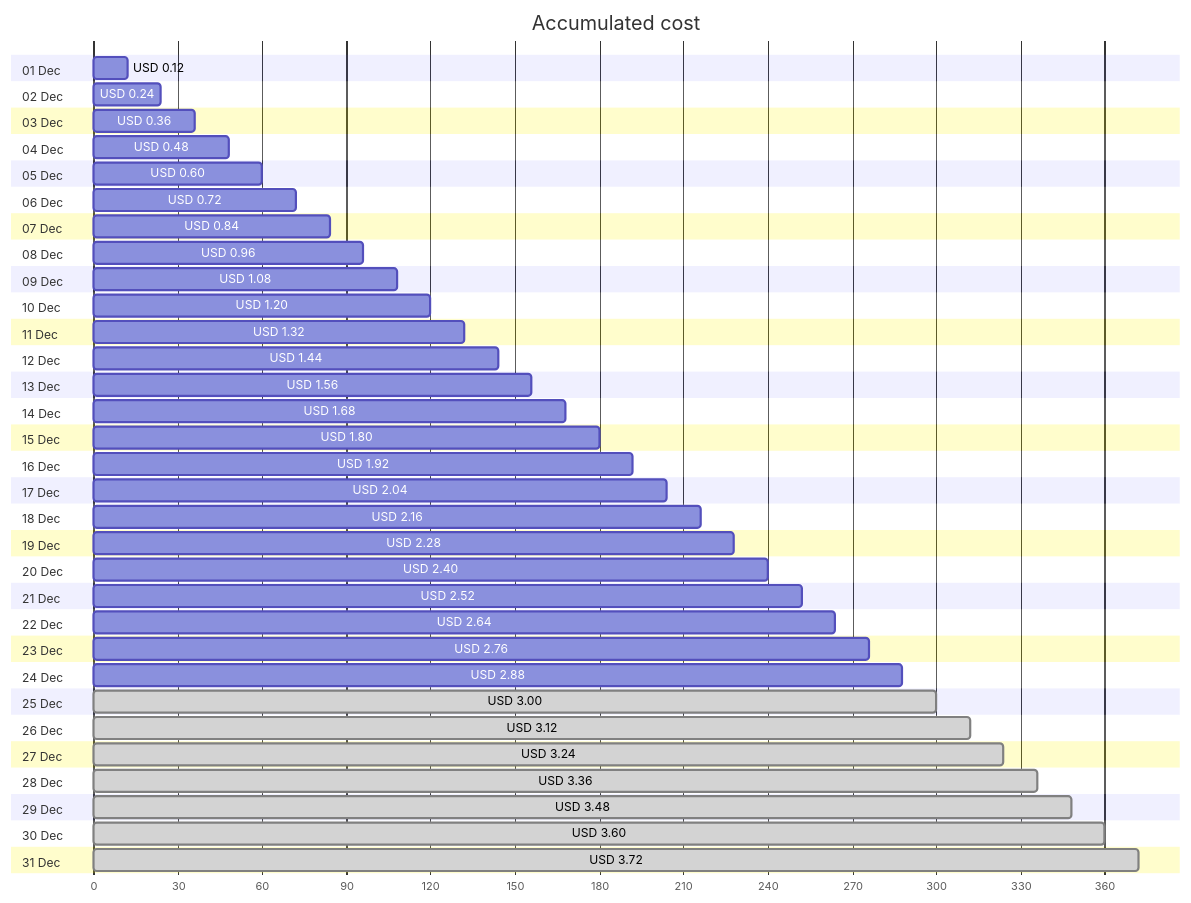
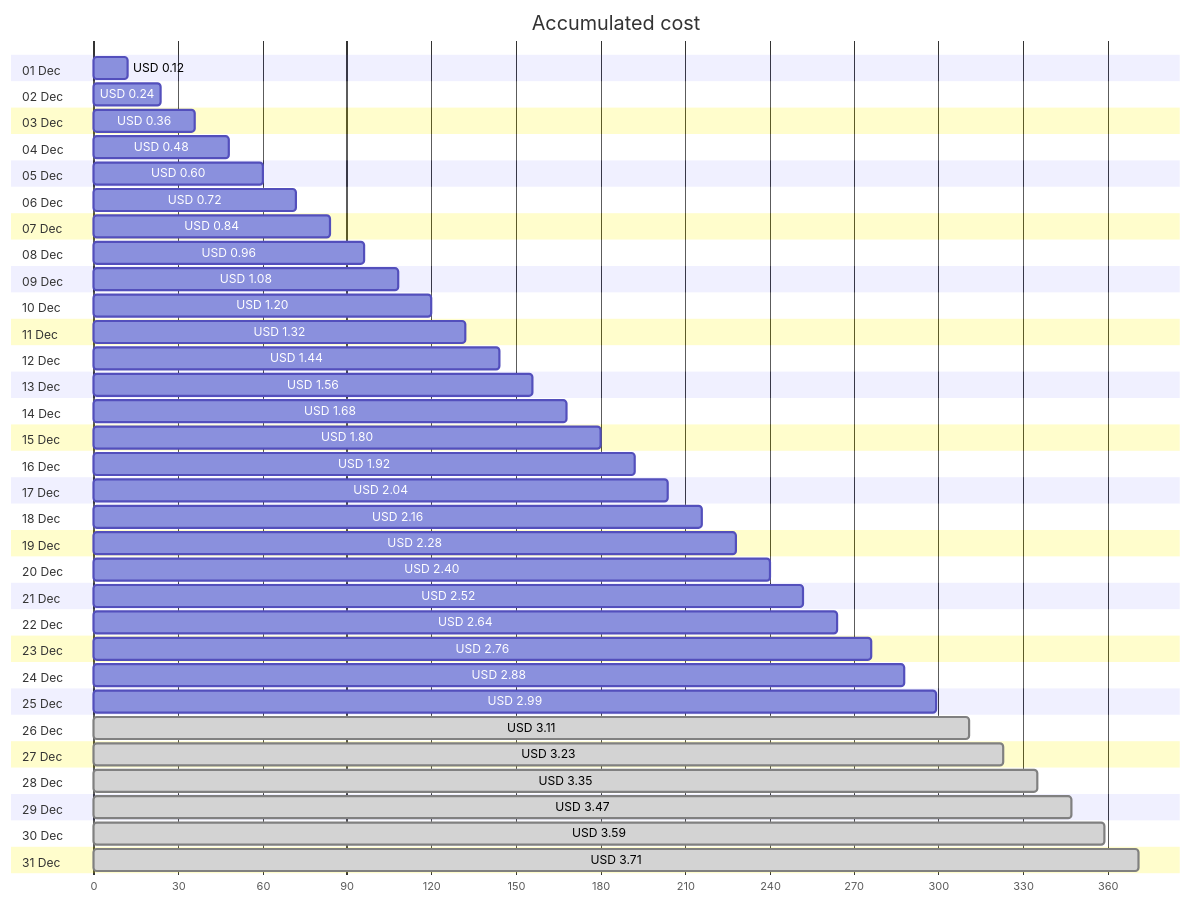
Before and after one commit to jpfulton/azure-personal-reports: the first of 4 diagrams in cost-reports/personal-network/backup-server-public-ip.md, drawn with Mermaid. The commit also changed other lines of this file and 8 other files, not shown here.

````diff
--- a/cost-reports/personal-network/backup-server-public-ip.md
+++ b/cost-reports/personal-network/backup-server-public-ip.md
@@ -20,68 +20,68 @@
 ```mermaid
 gantt
    title Accumulated cost
    dateFormat  X
    axisFormat %s
    section 01 Dec
    USD 0.12 :0, 12
    section 02 Dec
    USD 0.24 :0, 24
    section 03 Dec
    USD 0.36 :0, 36
    section 04 Dec
    USD 0.48 :0, 48
    section 05 Dec
    USD 0.60 :0, 60
    section 06 Dec
    USD 0.72 :0, 72
    section 07 Dec
    USD 0.84 :0, 84
    section 08 Dec
    USD 0.96 :0, 96
    section 09 Dec
    USD 1.08 :0, 108
    section 10 Dec
    USD 1.20 :0, 120
    section 11 Dec
    USD 1.32 :0, 132
    section 12 Dec
    USD 1.44 :0, 144
    section 13 Dec
    USD 1.56 :0, 156
    section 14 Dec
    USD 1.68 :0, 168
    section 15 Dec
    USD 1.80 :0, 180
    section 16 Dec
    USD 1.92 :0, 192
    section 17 Dec
    USD 2.04 :0, 204
    section 18 Dec
    USD 2.16 :0, 216
    section 19 Dec
    USD 2.28 :0, 228
    section 20 Dec
    USD 2.40 :0, 240
    section 21 Dec
    USD 2.52 :0, 252
    section 22 Dec
    USD 2.64 :0, 264
    section 23 Dec
    USD 2.76 :0, 276
    section 24 Dec
    USD 2.88 :0, 288
    section 25 Dec
-   USD 3.00 : done, 0, 300
+   USD 2.99 :0, 299
    section 26 Dec
-   USD 3.12 : done, 0, 312
+   USD 3.11 : done, 0, 311
    section 27 Dec
-   USD 3.24 : done, 0, 324
+   USD 3.23 : done, 0, 323
    section 28 Dec
-   USD 3.36 : done, 0, 336
+   USD 3.35 : done, 0, 335
    section 29 Dec
-   USD 3.48 : done, 0, 348
+   USD 3.47 : done, 0, 347
    section 30 Dec
-   USD 3.60 : done, 0, 360
+   USD 3.59 : done, 0, 359
    section 31 Dec
-   USD 3.72 : done, 0, 372
+   USD 3.71 : done, 0, 371
 ```
````
